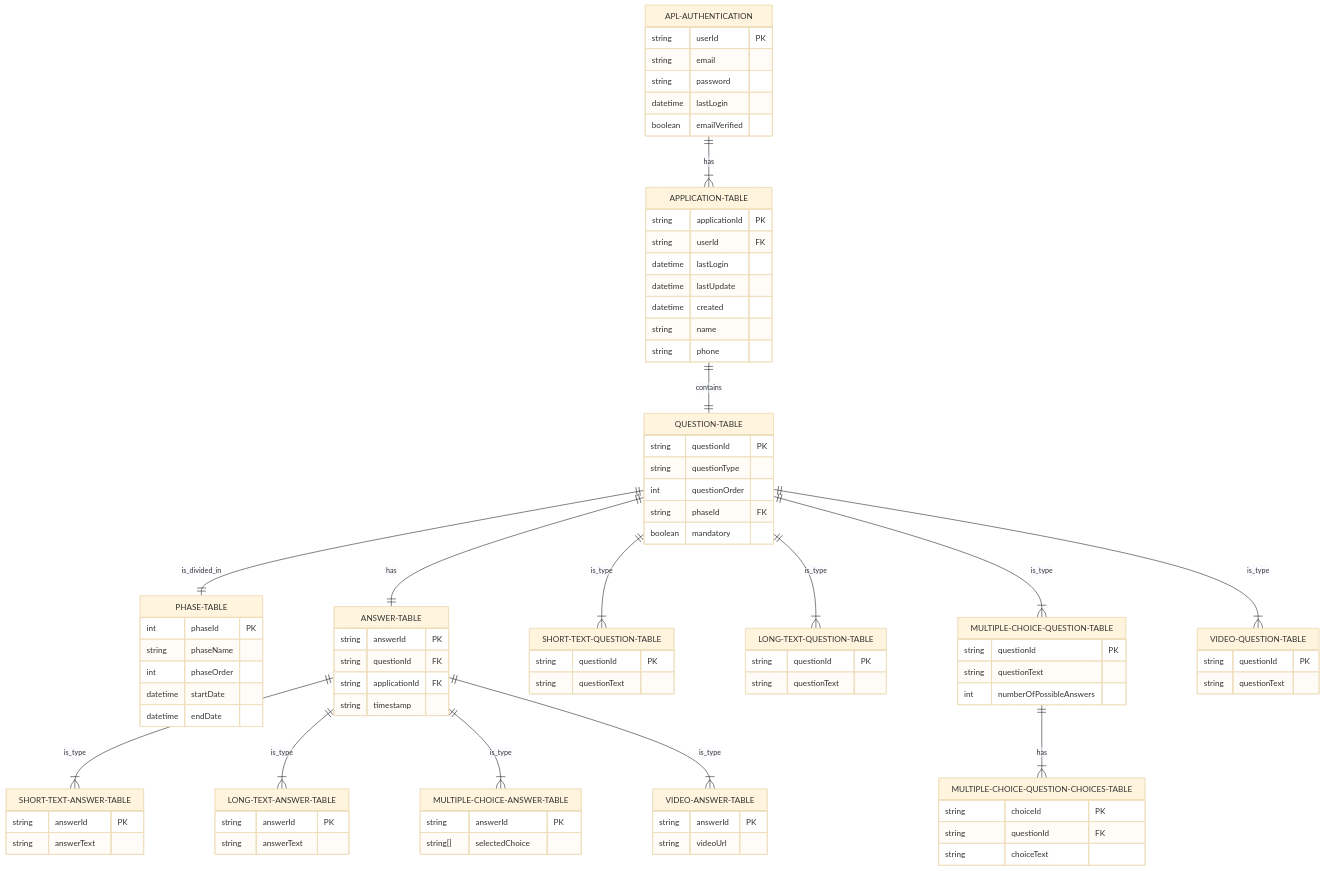
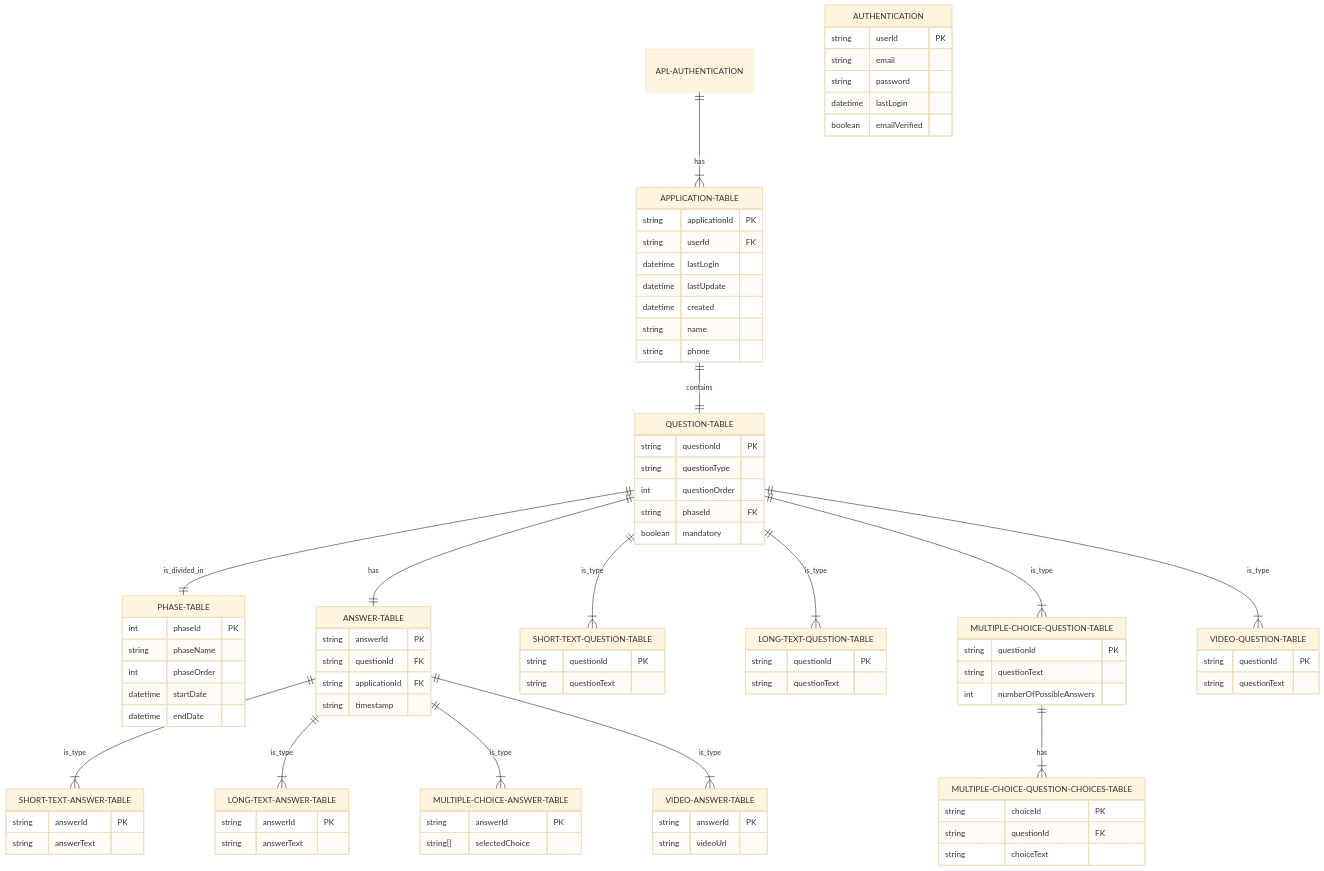
One commit to Interperle/application-platform changed the diagram in backend/README.md. Above: the diagram before and after it, drawn with Mermaid (base theme). The commit also changed 1 other file, not shown here.

```diff
--- a/backend/README.md
+++ b/backend/README.md
@@ -18,7 +18,7 @@
     QUESTION-TABLE ||--|{ VIDEO-QUESTION-TABLE : is_type
     MULTIPLE-CHOICE-QUESTION-TABLE ||--|{ MULTIPLE-CHOICE-QUESTION-CHOICES-TABLE : has
 
-    APL-AUTHENTICATION {
+    AUTHENTICATION {
         string userId PK
         string email
         string password
```
